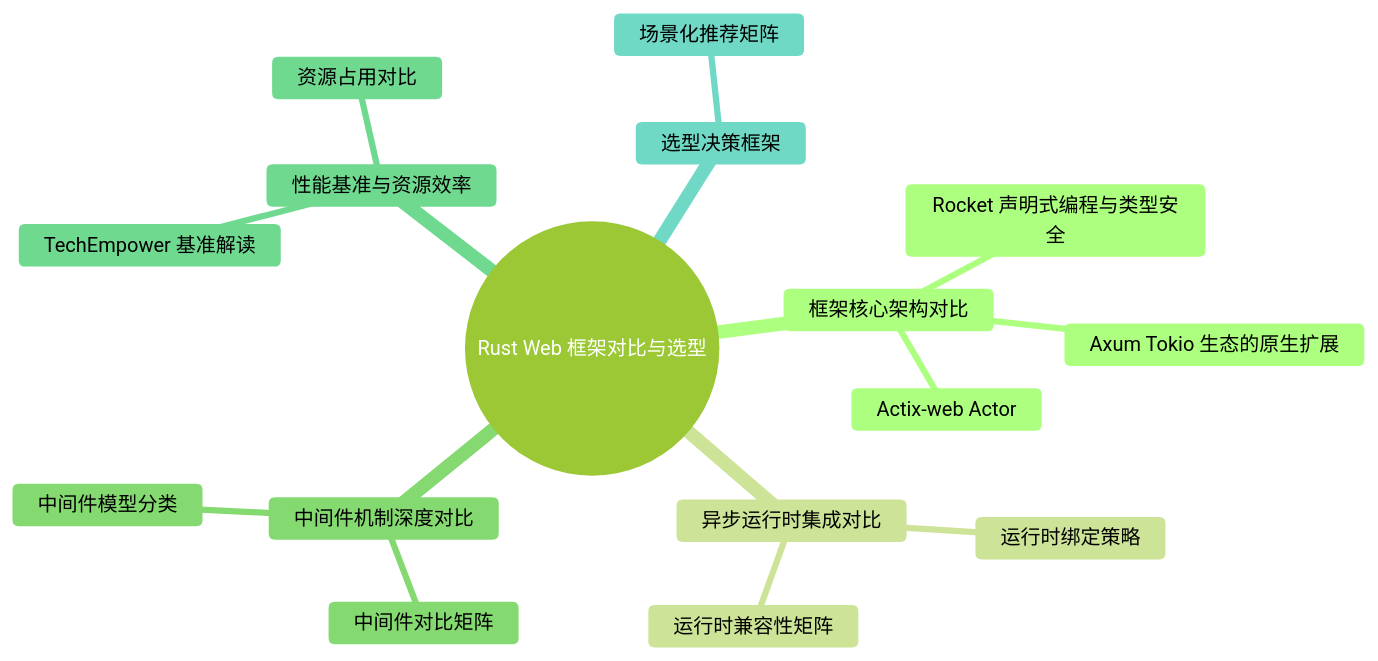
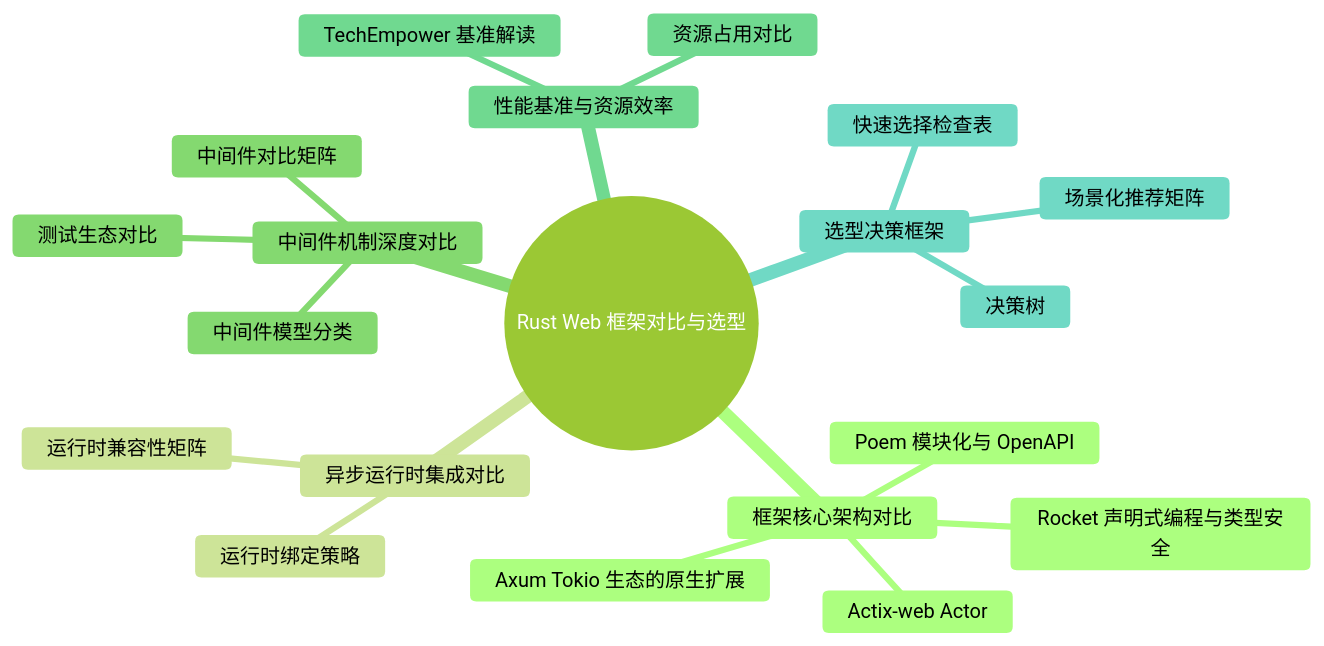
The fourth of 4 diagrams in concept/06_ecosystem/04_web_and_networking/03_web_frameworks.md (martin-ly/rust-lang), drawn with Mermaid (forest theme) before and after one commit. The commit also changed other lines of this file and 150 other files, not shown here.

````diff
--- a/concept/06_ecosystem/04_web_and_networking/03_web_frameworks.md
+++ b/concept/06_ecosystem/04_web_and_networking/03_web_frameworks.md
@@ -1086,19 +1138,23 @@
 ```mermaid
 mindmap
   root((Rust Web 框架对比与选型))
     框架核心架构对比
       Axum Tokio 生态的原生扩展
       Actix-web Actor
       Rocket 声明式编程与类型安全
+      Poem 模块化与 OpenAPI
     异步运行时集成对比
       运行时绑定策略
       运行时兼容性矩阵
     中间件机制深度对比
       中间件模型分类
       中间件对比矩阵
+      测试生态对比
     性能基准与资源效率
       TechEmpower 基准解读
       资源占用对比
     选型决策框架
+      决策树
       场景化推荐矩阵
+      快速选择检查表
 ```
````
